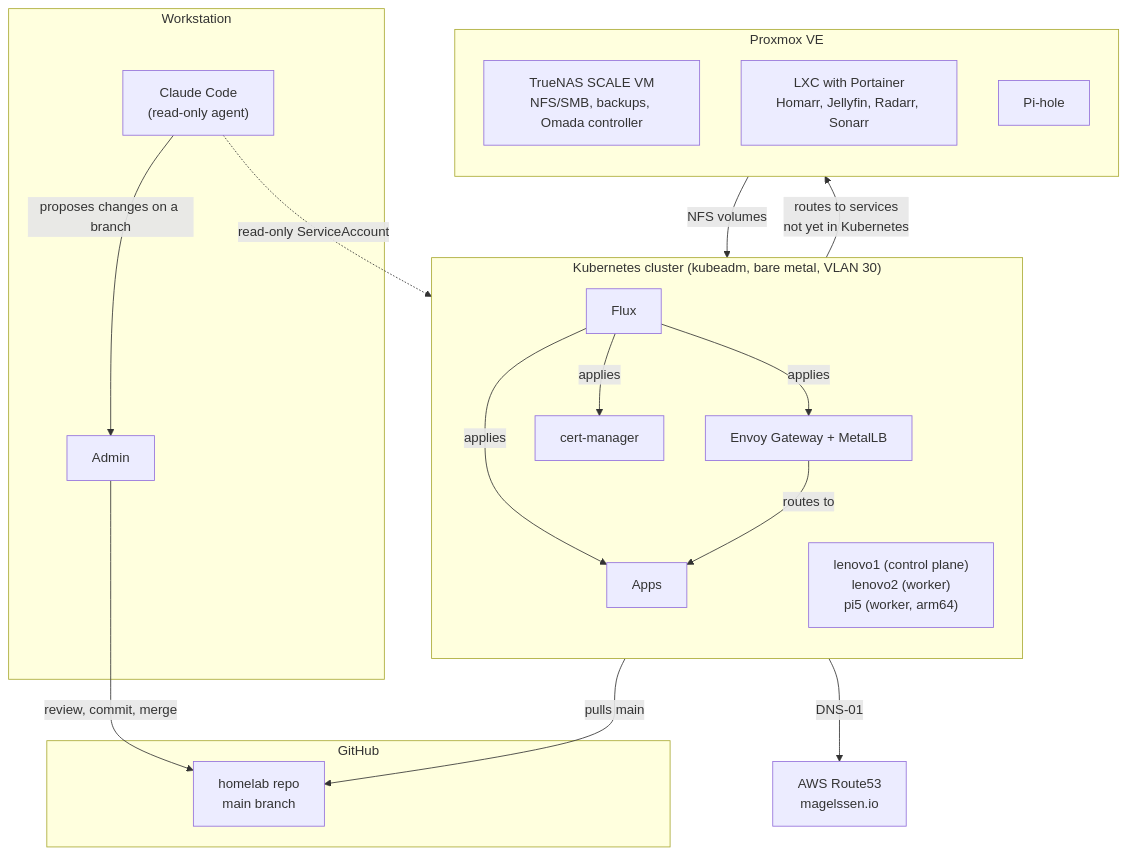
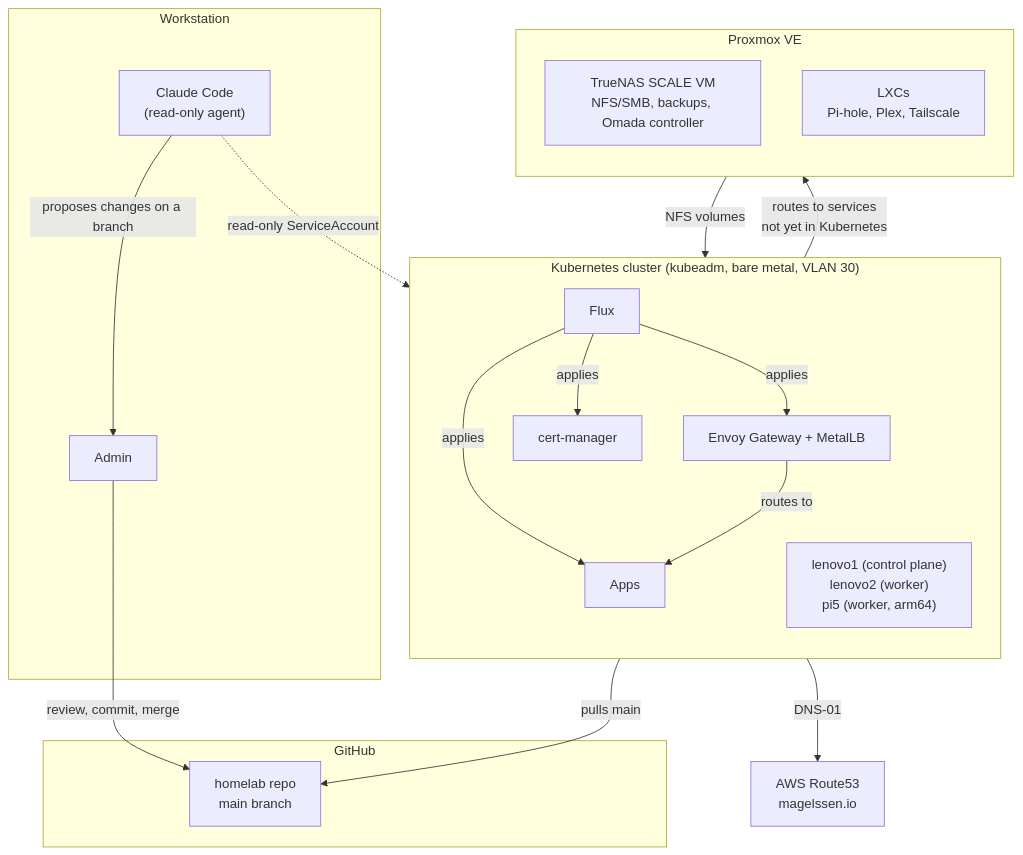
One commit to l4rma/homelab changed the diagram in README.md. Above: the diagram before and after it, drawn with Mermaid. The commit also changed other lines of this file and 4 other files, not shown here.

````diff
--- a/README.md
+++ b/README.md
@@ -13,41 +13,40 @@
 ```mermaid
 flowchart TB
     subgraph workstation["Workstation"]
         admin["Admin"]
         claude["Claude Code<br/>(read-only agent)"]
     end
 
     subgraph github["GitHub"]
         repo["homelab repo<br/>main branch"]
     end
 
     subgraph k8s["Kubernetes cluster (kubeadm, bare metal, VLAN 30)"]
         direction TB
         flux["Flux"]
         ingress["Envoy Gateway + MetalLB"]
         certmanager["cert-manager"]
         apps["Apps"]
         nodes["lenovo1 (control plane)<br/>lenovo2 (worker)<br/>pi5 (worker, arm64)"]
     end
 
     subgraph proxmox["Proxmox VE"]
         direction TB
         truenas["TrueNAS SCALE VM<br/>NFS/SMB, backups, Omada controller"]
-        portainer["LXC with Portainer<br/>Homarr, Jellyfin, Radarr, Sonarr"]
-        otherservices["Pi-hole"]
+        otherservices["LXCs<br/>Pi-hole, Plex, Tailscale"]
     end
 
     route53["AWS Route53<br/>magelssen.io"]
 
     claude -- "proposes changes on a branch" --> admin
     admin -- "review, commit, merge" --> repo
     flux -- "pulls main" --> repo
     flux -- "applies" --> ingress
     flux -- "applies" --> certmanager
     flux -- "applies" --> apps
     claude -. "read-only ServiceAccount" .-> k8s
     certmanager -- "DNS-01" --> route53
     ingress -- "routes to" --> apps
     ingress -- "routes to services<br/>not yet in Kubernetes" --> proxmox
     truenas -- "NFS volumes" --> apps
 ```
````
